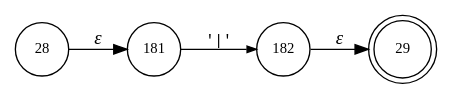
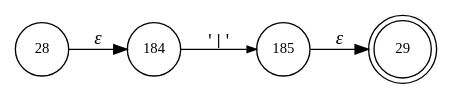
Before and after one commit to vulogov/Bund2: the diagram in internal/parser/Bund.separate_term.dot, drawn with Graphviz. The commit also changed 205 other files, not shown here.

```diff
--- a/internal/parser/Bund.separate_term.dot
+++ b/internal/parser/Bund.separate_term.dot
@@ -1,10 +1,10 @@
 digraph ATN {
 rankdir=LR;
 s29[fontsize=11, label="29", shape=doublecircle, fixedsize=true, width=.6];
-s181[fontsize=11,label="181", shape=circle, fixedsize=true, width=.55, peripheries=1];
-s182[fontsize=11,label="182", shape=circle, fixedsize=true, width=.55, peripheries=1];
+s184[fontsize=11,label="184", shape=circle, fixedsize=true, width=.55, peripheries=1];
+s185[fontsize=11,label="185", shape=circle, fixedsize=true, width=.55, peripheries=1];
 s28[fontsize=11,label="28", shape=circle, fixedsize=true, width=.55, peripheries=1];
-s28 -> s181 [fontname="Times-Italic", label="&epsilon;"];
-s181 -> s182 [fontsize=11, fontname="Courier", arrowsize=.7, label = "'|'", arrowhead = normal];
-s182 -> s29 [fontname="Times-Italic", label="&epsilon;"];
+s28 -> s184 [fontname="Times-Italic", label="&epsilon;"];
+s184 -> s185 [fontsize=11, fontname="Courier", arrowsize=.7, label = "'|'", arrowhead = normal];
+s185 -> s29 [fontname="Times-Italic", label="&epsilon;"];
 }
```
